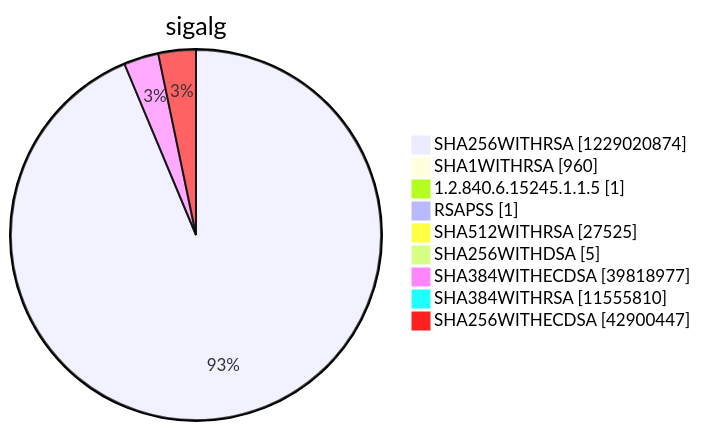
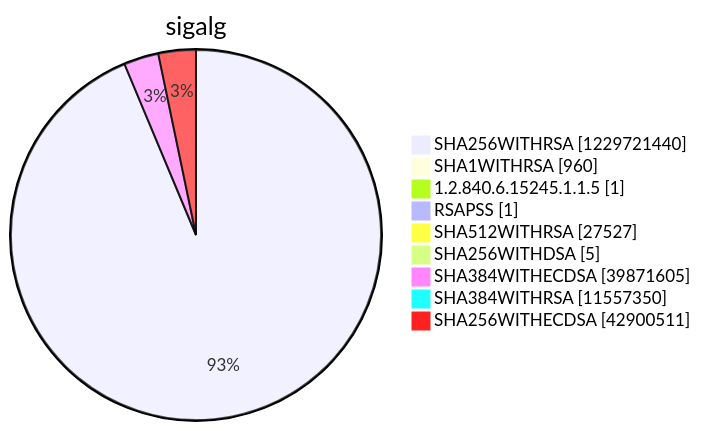
Diagram 15 of 15 in argon2022/README.md (christiankrug/ctmonitor_visualization), drawn with Mermaid before and after one commit. The commit also changed other lines of this file, not shown here.

````diff
--- a/argon2022/README.md
+++ b/argon2022/README.md
@@ -5522,13 +5522,13 @@
 ```mermaid
 pie showData
 title sigalg
-"SHA256WITHRSA" :1229020874
+"SHA256WITHRSA" :1229721440
 "SHA1WITHRSA" :960
 "1.2.840.6.15245.1.1.5" :1
 "RSAPSS" :1
-"SHA512WITHRSA" :27525
+"SHA512WITHRSA" :27527
 "SHA256WITHDSA" :5
-"SHA384WITHECDSA" :39818977
-"SHA384WITHRSA" :11555810
-"SHA256WITHECDSA" :42900447
+"SHA384WITHECDSA" :39871605
+"SHA384WITHRSA" :11557350
+"SHA256WITHECDSA" :42900511
 ```
````
